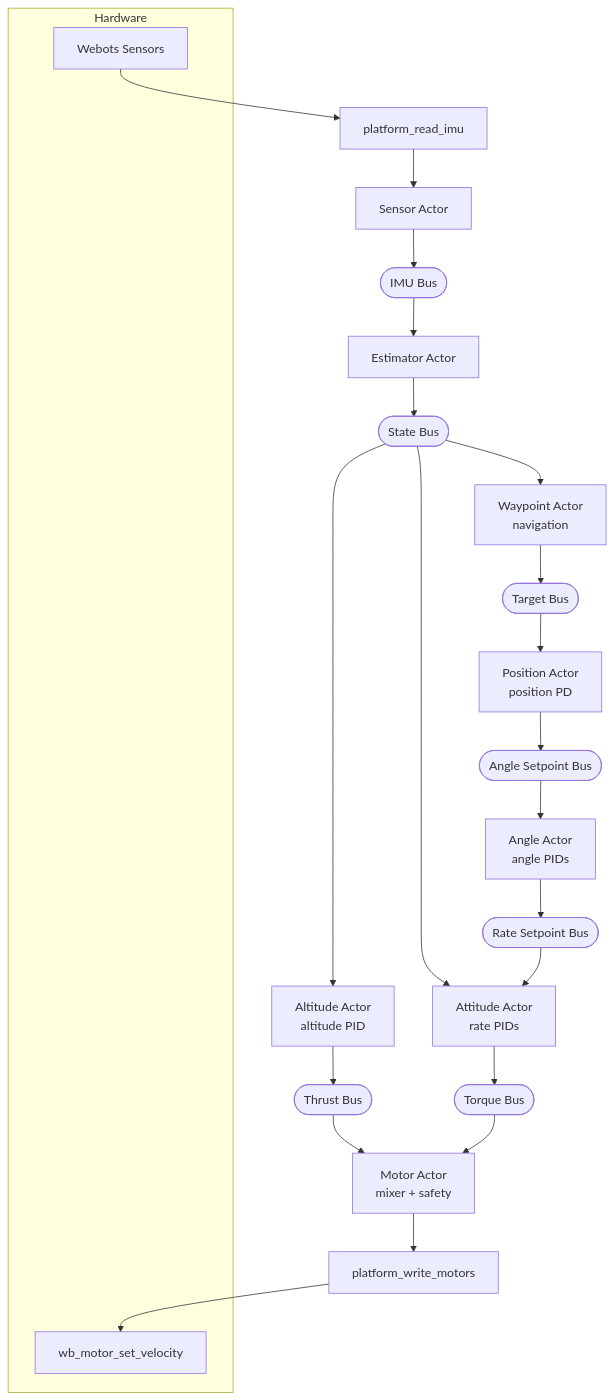
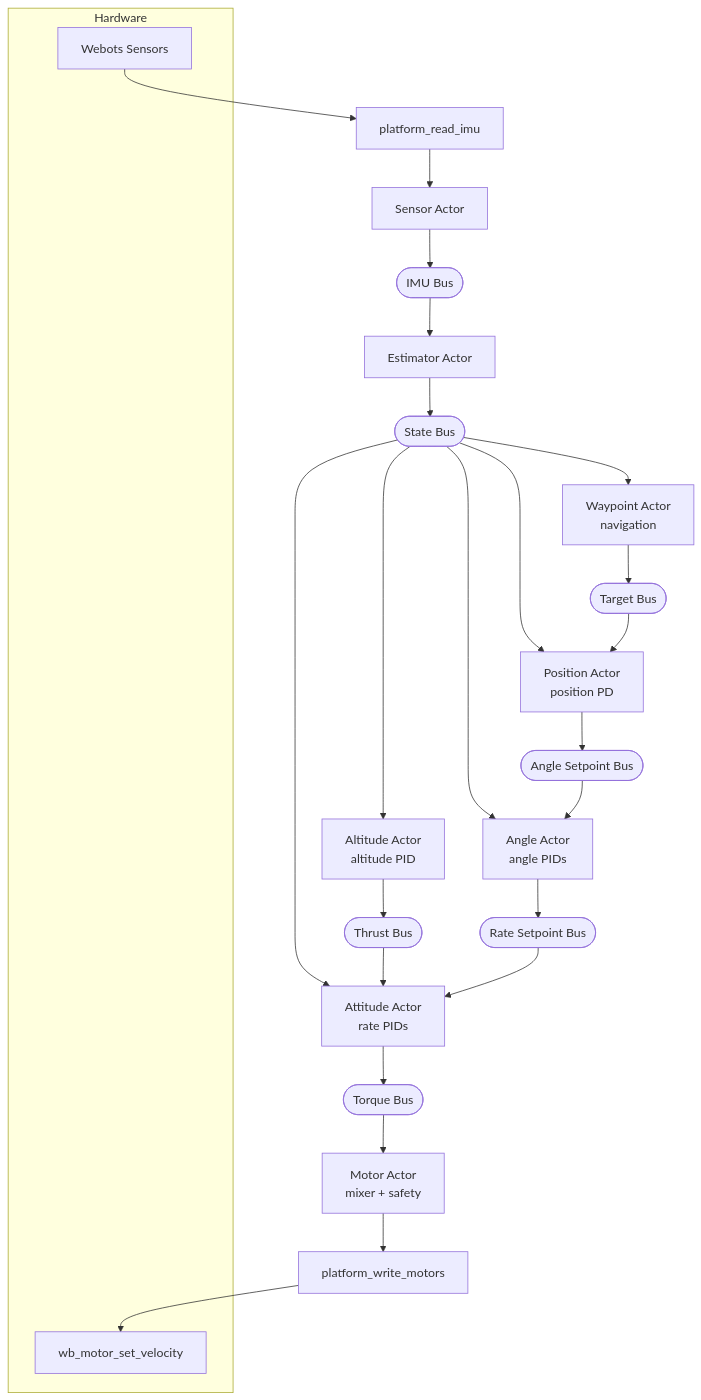
The second of 3 diagrams in examples/pilot/SPEC.md (joagre/rt), drawn with Mermaid before and after one commit. The commit also changed other lines of this file and 1 other file, not shown here.

````diff
--- a/examples/pilot/SPEC.md
+++ b/examples/pilot/SPEC.md
@@ -141,33 +142,35 @@
 ```mermaid
 graph TB
     subgraph HW["Hardware"]
         Sensors[Webots Sensors]
         Motors[wb_motor_set_velocity]
     end
 
     ReadIMU[platform_read_imu]
     WriteMotors[platform_write_motors]
 
     Sensors --> ReadIMU --> Sensor[Sensor Actor]
     Sensor --> IMUBus([IMU Bus])
     IMUBus --> Estimator[Estimator Actor]
     Estimator --> StateBus([State Bus])
 
     StateBus --> Altitude[Altitude Actor<br/>altitude PID]
     StateBus --> Waypoint[Waypoint Actor<br/>navigation]
+    StateBus --> Position[Position Actor<br/>position PD]
+    StateBus --> Angle[Angle Actor<br/>angle PIDs]
     StateBus --> Attitude[Attitude Actor<br/>rate PIDs]
 
     Altitude --> ThrustBus([Thrust Bus])
+    ThrustBus --> Attitude
     Waypoint --> TargetBus([Target Bus])
-    TargetBus --> Position[Position Actor<br/>position PD]
+    TargetBus --> Position
     Position --> AngleSP([Angle Setpoint Bus])
-    AngleSP --> Angle[Angle Actor<br/>angle PIDs]
+    AngleSP --> Angle
     Angle --> RateSP([Rate Setpoint Bus])
     RateSP --> Attitude
 
-    ThrustBus --> Motor[Motor Actor<br/>mixer + safety]
     Attitude --> TorqueBus([Torque Bus])
-    TorqueBus --> Motor
+    TorqueBus --> Motor[Motor Actor<br/>mixer + safety]
 
     Motor --> WriteMotors --> Motors
 ```
````
